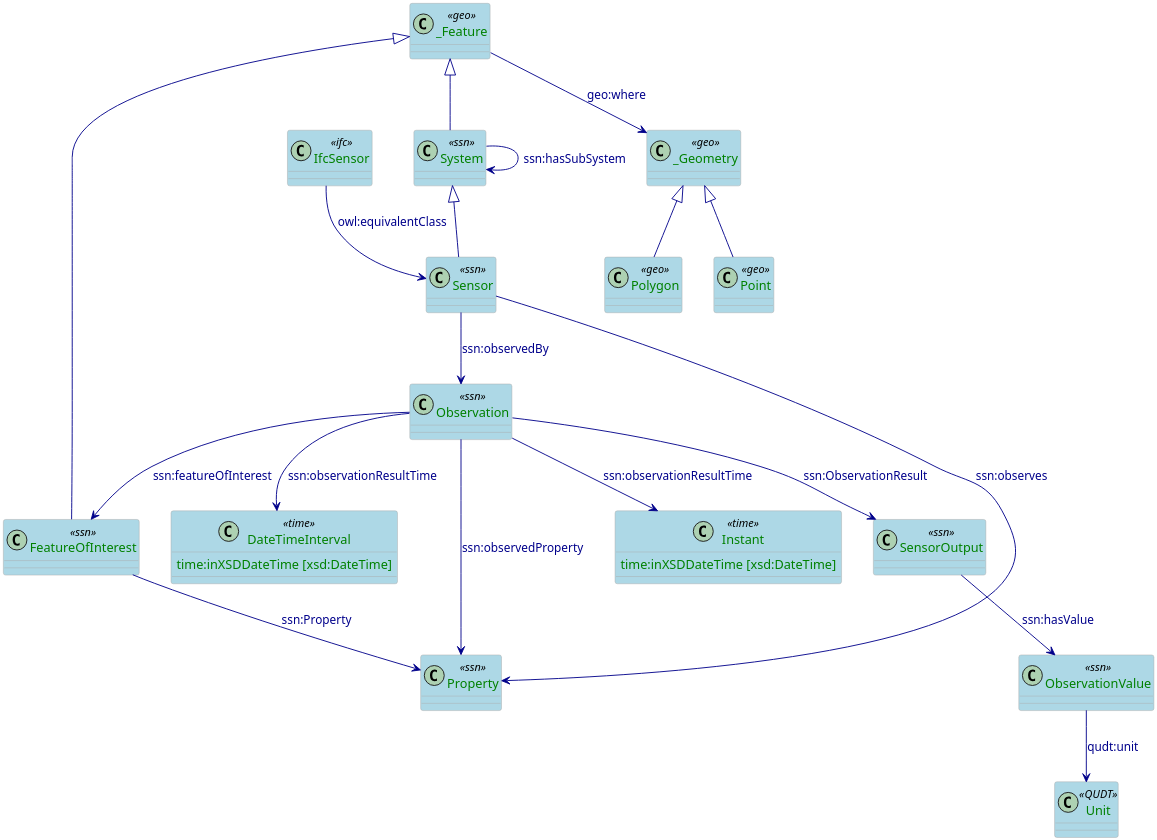
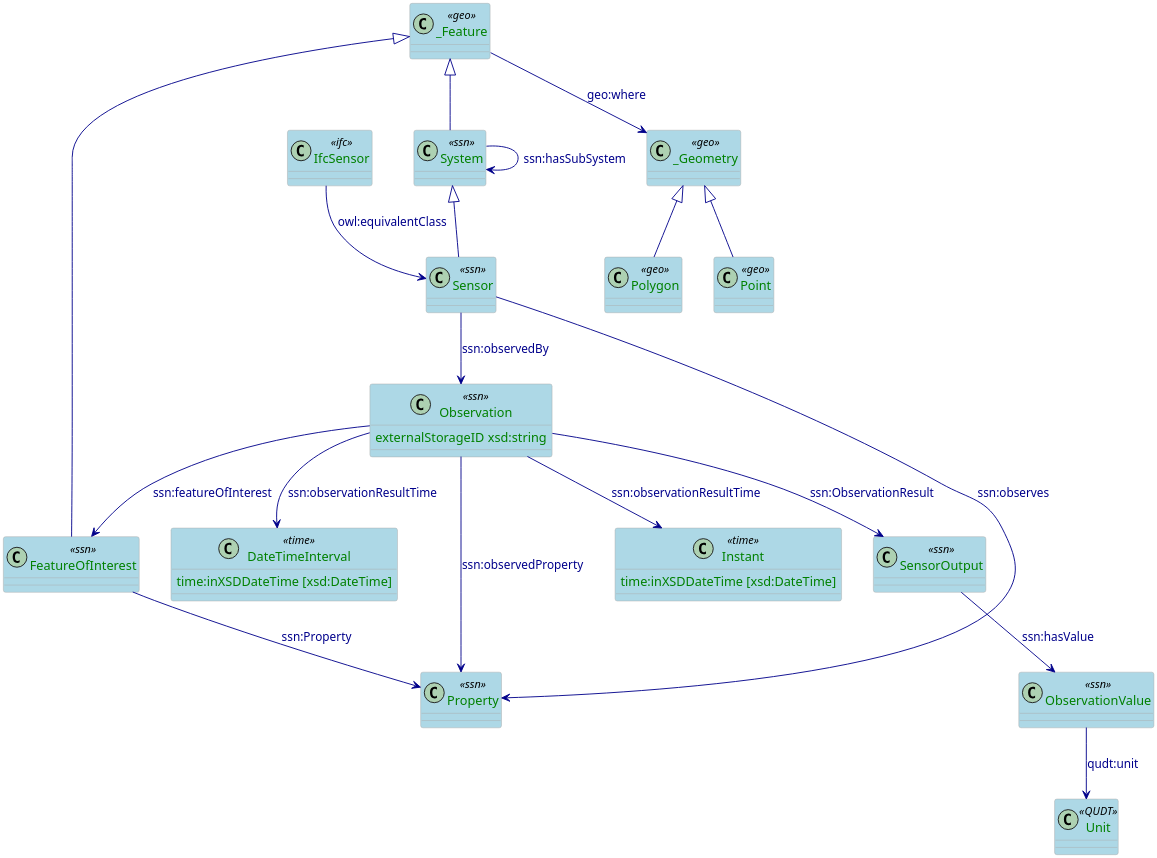
One commit to HIT2GAP-EU-PROJECT/BEMOnt changed the diagram in docs/plantuml/SensorRepresentation.puml. Above: the diagram before and after it, drawn with PlantUML.

```diff
--- a/docs/plantuml/SensorRepresentation.puml
+++ b/docs/plantuml/SensorRepresentation.puml
@@ -1,75 +1,77 @@
 @startuml
 
 skinparam class {
   ArrowColor DarkBlue
   ArrowFontColor DarkBlue
   BackgroundColor LightBlue
   BorderColor DarkGrey
 }
 skinparam dpi 300
 skinparam stereotypeCBackgroundColor Wheat
 skinparam classAttributeFontColor  Green
 
 
 /'
  Definition of the classes referring the SSN-core part
 '/
 class System <<ssn>>
 class Sensor <<ssn>>
-class Observation <<ssn>>
+class Observation <<ssn>> {
+  externalStorageID xsd:string
+}
 class FeatureOfInterest <<ssn>>
 class Property <<ssn>>
 class SensorOutput <<ssn>>
 class ObservationValue <<ssn>>
 class Instant <<time>>{
     time:inXSDDateTime [xsd:DateTime]
 }
 class DateTimeInterval <<time>>{
     time:inXSDDateTime [xsd:DateTime]
 }
 class Unit <<QUDT>>
 
 class IfcSensor <<ifc>>
 
 /'
   Definition of the Geo-core part
 '/
 class _Feature <<geo>>
 class _Geometry <<geo>>
 class Point <<geo>>
 class Polygon <<geo>>
 
 
 /'
  Definition of the SSN model to model the sensor observation of the building
  facilities
 '/
 
 System --> System: ssn:hasSubSystem
 System <|-- Sensor
 IfcSensor --> Sensor: owl:equivalentClass
 Sensor --> Observation: ssn:observedBy
 Sensor --> Property: ssn:observes
 Observation --> FeatureOfInterest: ssn:featureOfInterest
 Observation --> Property: ssn:observedProperty
 FeatureOfInterest --> Property: ssn:Property
 Observation --> SensorOutput: ssn:ObservationResult
 SensorOutput --> ObservationValue: ssn:hasValue
 ObservationValue --> Unit: qudt:unit
 Observation --> Instant: ssn:observationResultTime
 Observation --> DateTimeInterval: ssn:observationResultTime
 
 /'
   Definition of the geospatial part using GeoOWL ontology
 '/
 
 _Feature --> _Geometry: geo:where
 _Geometry <|-- Point
 _Geometry <|-- Polygon
 
 _Feature <|-- FeatureOfInterest
 _Feature <|-- System
 
 
 
 @enduml
```
